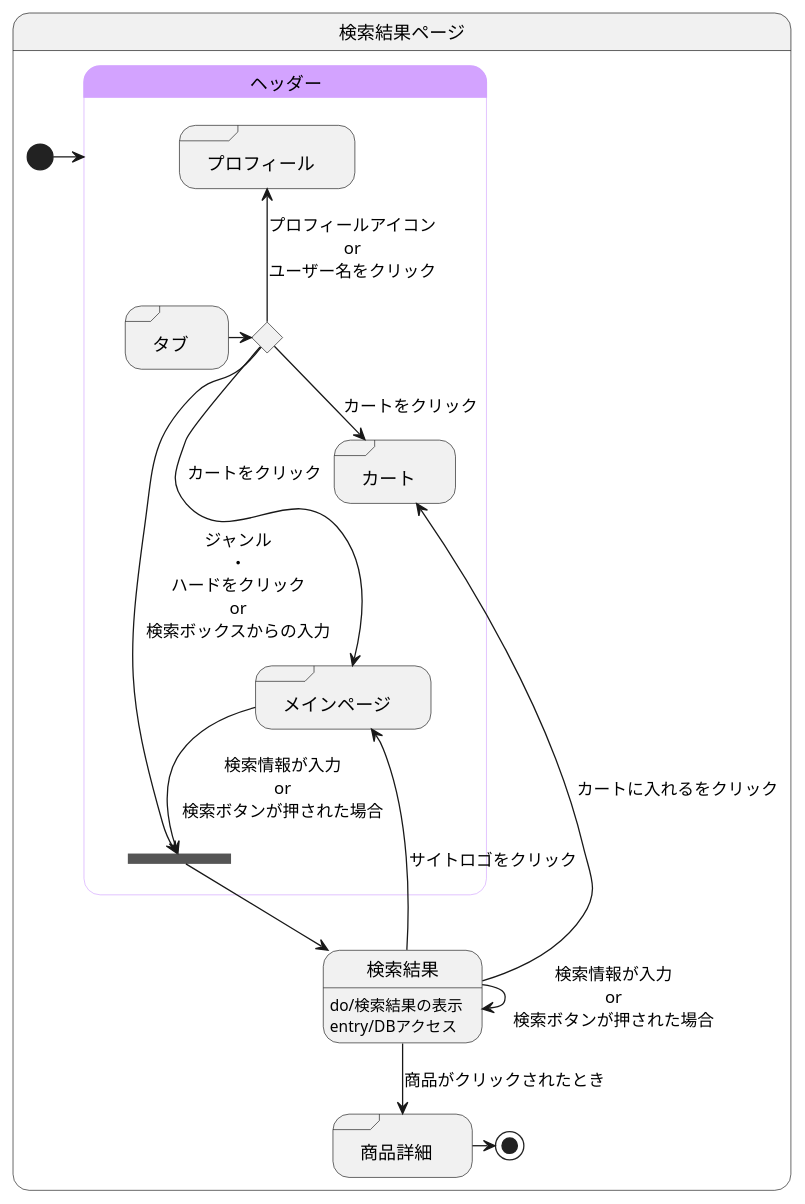
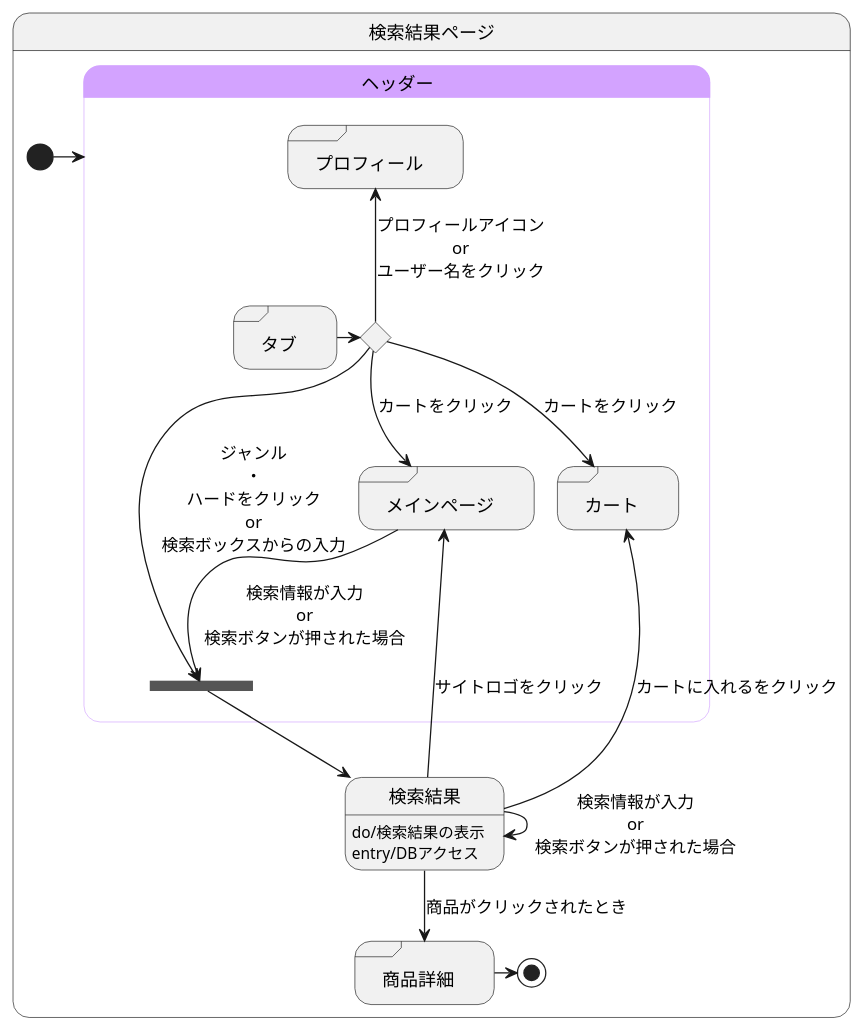
One commit to akutori/T-D-E changed the diagram in 検索結果.md. Above: the diagram before and after it, drawn with PlantUML.

````diff
--- a/検索結果.md
+++ b/検索結果.md
@@ -1,45 +1,45 @@
 ```uml
 @startuml
 state 検索結果ページ{
 
 
     state 検索結果:do/検索結果の表示
     state 検索結果:entry/DBアクセス
     state "商品詳細" as goodsdetail <<sdlreceive>>
     
 
 
     [*] -> ヘッダー
     
     検索結果 --> goodsdetail :商品がクリックされたとき
     検索結果 --> 検索結果 :検索情報が入力\nor\n検索ボタンが押された場合
     goodsdetail -> [*]
     
 
     state ヘッダー<<headder>>{
         state join_header <<join>>
         state ifinput <<choice>>
         state "タブ" as tab <<sdlreceive>>
         state "カート" as cart <<sdlreceive>>
         state "プロフィール" as profile <<sdlreceive>>
         state "メインページ" as mainpage <<sdlreceive>>
 
         tab -> ifinput 
         ifinput --> cart :カートをクリック
         ifinput -up-> profile :プロフィールアイコン\nor\nユーザー名をクリック
-        ifinput ---> mainpage :カートをクリック
+        ifinput --> mainpage :カートをクリック
         ifinput --> join_header :ジャンル\n・\nハードをクリック\nor\n検索ボックスからの入力
 
         mainpage --> join_header :検索情報が入力\nor\n検索ボタンが押された場合
         検索結果 -up-> mainpage :サイトロゴをクリック
         join_header --> 検索結果
         検索結果 -left-> cart : カートに入れるをクリック
     }
 
     skinparam stateBorderColor<<headder>> #d3a3ff
     state ヘッダー #d3a3ff
 
 }
 
 @enduml
 ```
````
